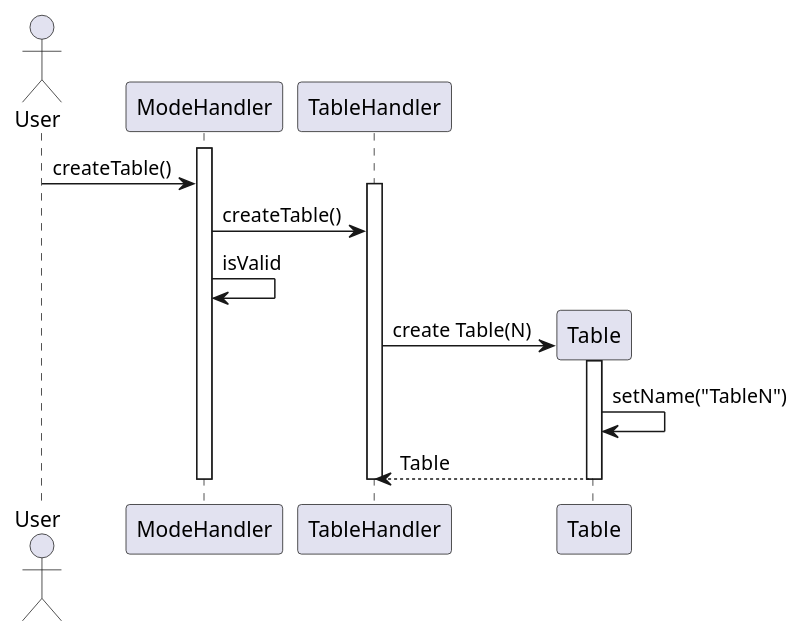
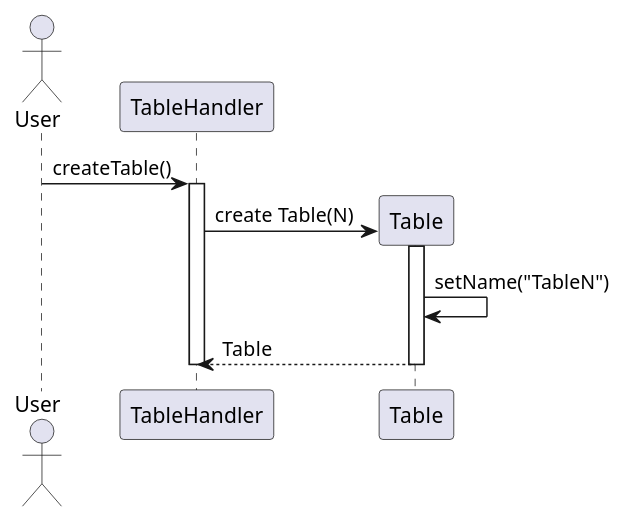
One commit to Bhamoss/softwareOntwerpProject changed the diagram in diagrams/interactionDiagrams/createTable.puml. Above: the diagram before and after it, drawn with PlantUML. The commit also changed 12 other files, not shown here.

Commit message:
interactie diagrammen aangepasdt

```diff
--- a/diagrams/interactionDiagrams/createTable.puml
+++ b/diagrams/interactionDiagrams/createTable.puml
@@ -1,16 +1,14 @@
 @startuml
 actor User
 
-activate ModeHandler
-User -> ModeHandler: createTable()
+
+User -> TableHandler: createTable()
 activate TableHandler
-ModeHandler -> TableHandler: createTable()
-ModeHandler -> ModeHandler: isValid
 create Table
 TableHandler -> Table: create Table(N)
 activate Table
 Table -> Table: setName("TableN")
 return Table
 deactivate TableHandler
-deactivate ModeHandler
+
 @enduml
```
